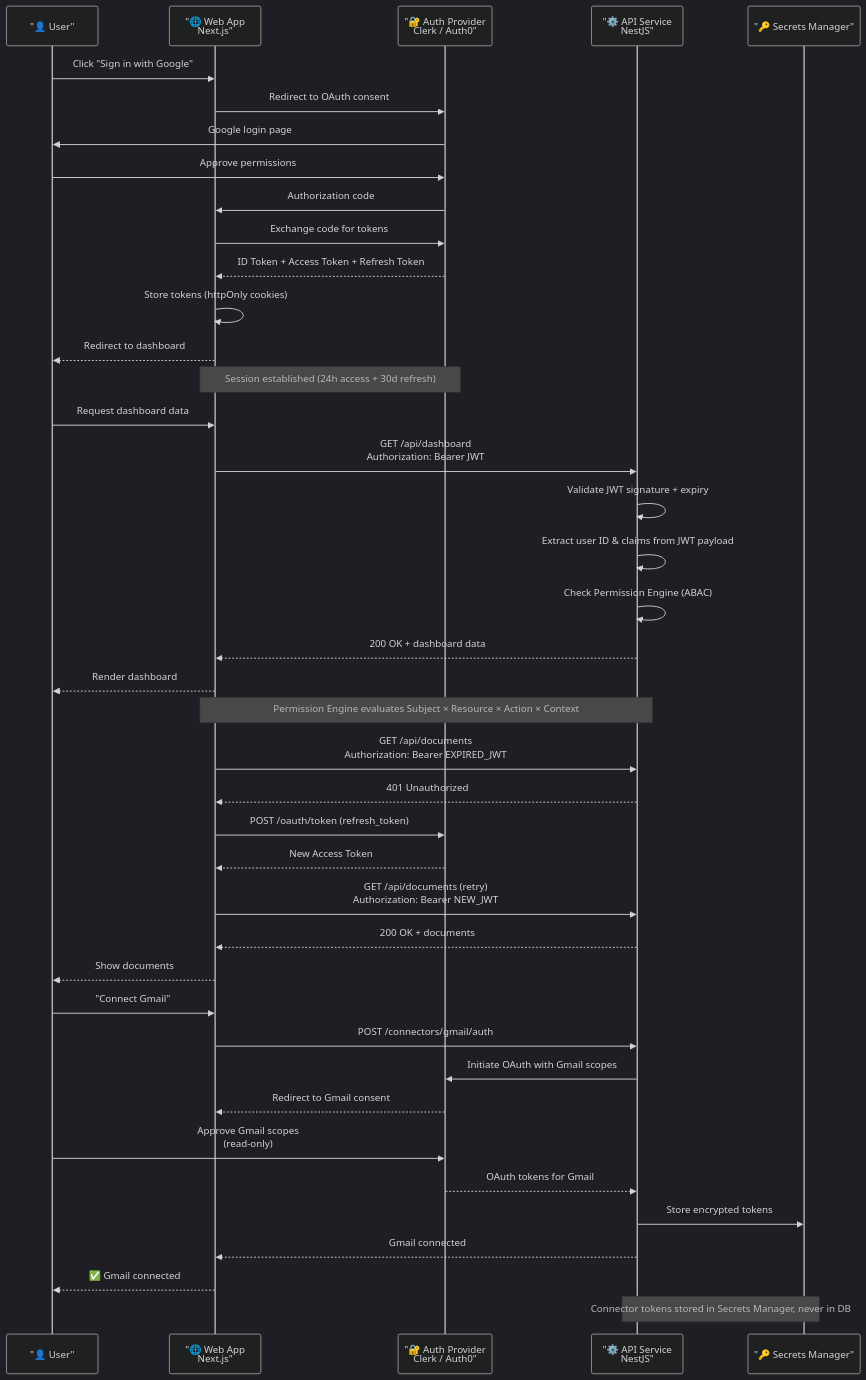
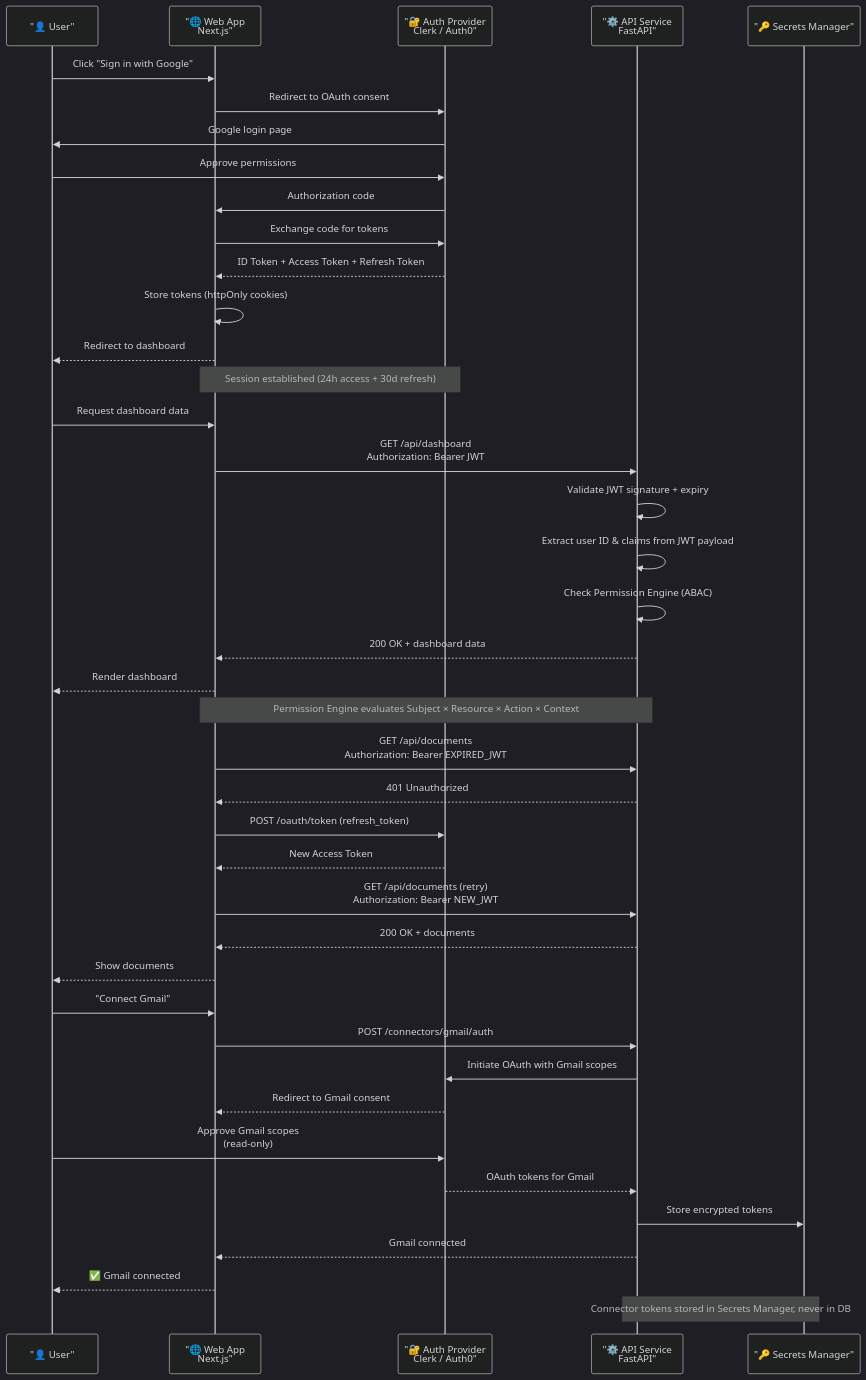
The first of 2 diagrams in docs/backend/Authentication.md (Driftloom/Vaeloom), drawn with Mermaid (dark theme) before and after one commit. The commit also changed other lines of this file and 159 other files, not shown here.

````diff
--- a/docs/backend/Authentication.md
+++ b/docs/backend/Authentication.md
@@ -19,54 +22,54 @@
 ```mermaid
 sequenceDiagram
     participant User as "👤 User"
     participant Web as "🌐 Web App<br/>Next.js"
     participant Auth as "🔐 Auth Provider<br/>Clerk / Auth0"
-    participant API as "⚙️ API Service<br/>NestJS"
+    participant API as "⚙️ API Service<br/>FastAPI"
     participant Sec as "🔑 Secrets Manager"
 
     %% ── LOGIN PHASE ──
     User->>Web: Click "Sign in with Google"
     Web->>Auth: Redirect to OAuth consent
     Auth->>User: Google login page
     User->>Auth: Approve permissions
     Auth->>Web: Authorization code
     Web->>Auth: Exchange code for tokens
     Auth-->>Web: ID Token + Access Token + Refresh Token
     Web->>Web: Store tokens (httpOnly cookies)
     Web-->>User: Redirect to dashboard
 
     Note over Web,Auth: Session established (24h access + 30d refresh)
 
     %% ── API CALL PHASE ──
     User->>Web: Request dashboard data
     Web->>API: GET /api/dashboard<br/>Authorization: Bearer JWT
     API->>API: Validate JWT signature + expiry
     API->>API: Extract user ID & claims from JWT payload
     API->>API: Check Permission Engine (ABAC)
     API-->>Web: 200 OK + dashboard data
     Web-->>User: Render dashboard
 
     Note over Web,API: Permission Engine evaluates Subject × Resource × Action × Context
 
     %% ── TOKEN REFRESH PHASE ──
     Web->>API: GET /api/documents<br/>Authorization: Bearer EXPIRED_JWT
     API-->>Web: 401 Unauthorized
     Web->>Auth: POST /oauth/token (refresh_token)
     Auth-->>Web: New Access Token
     Web->>API: GET /api/documents (retry)<br/>Authorization: Bearer NEW_JWT
     API-->>Web: 200 OK + documents
     Web-->>User: Show documents
 
     %% ── CONNECTOR OAUTH PHASE ──
     User->>Web: "Connect Gmail"
     Web->>API: POST /connectors/gmail/auth
     API->>Auth: Initiate OAuth with Gmail scopes
     Auth-->>Web: Redirect to Gmail consent
     User->>Auth: Approve Gmail scopes<br/>(read-only)
     Auth-->>API: OAuth tokens for Gmail
     API->>Sec: Store encrypted tokens
     API-->>Web: Gmail connected
     Web-->>User: ✅ Gmail connected
 
     Note over API,Sec: Connector tokens stored in Secrets Manager, never in DB
 ```
````
